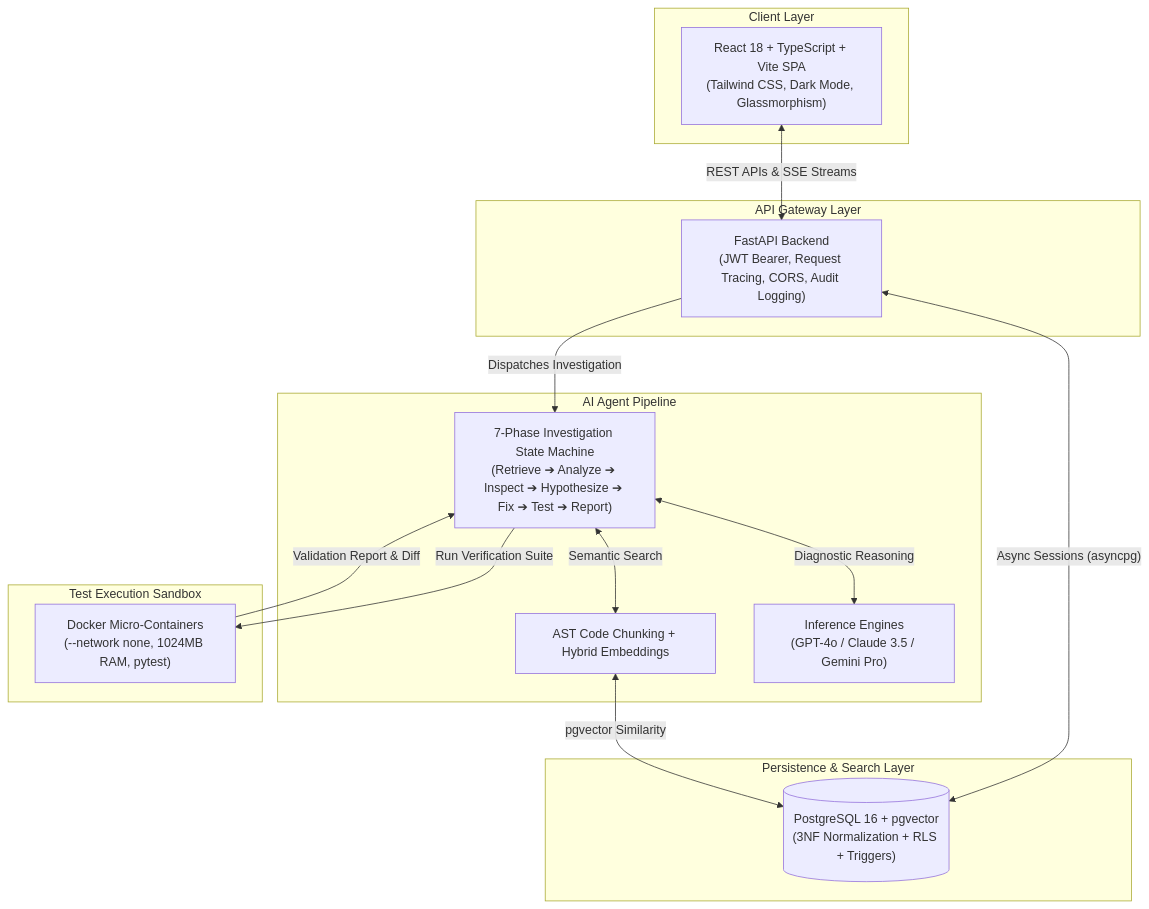
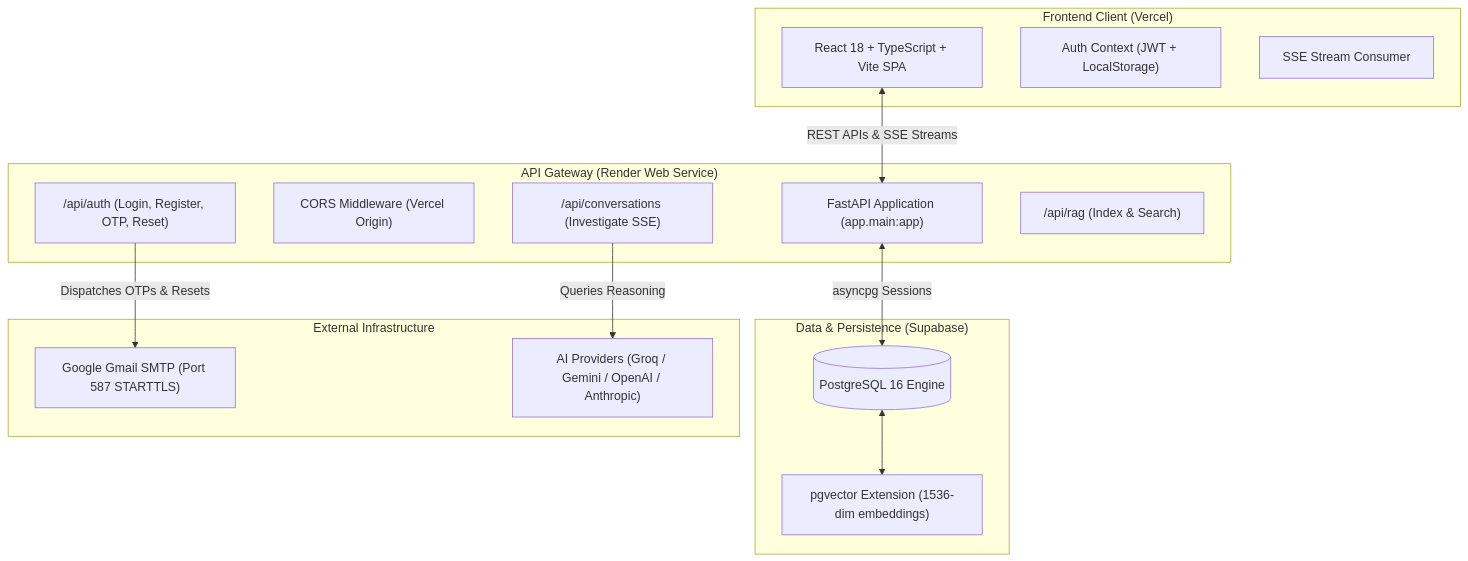
Before and after one commit to devashish0407/DevResolve: the third of 4 diagrams in README.md, drawn with Mermaid. The commit also changed other lines of this file and 1 other file, not shown here.

````diff
--- a/README.md
+++ b/README.md
@@ -52,33 +185,32 @@
 ```mermaid
 flowchart TD
-    subgraph Client["Client Layer"]
-        UI["React 18 + TypeScript + Vite SPA<br/>(Tailwind CSS, Dark Mode, Glassmorphism)"]
+    subgraph ClientLayer["Frontend Client (Vercel)"]
+        UI["React 18 + TypeScript + Vite SPA"]
+        AuthContext["Auth Context (JWT + LocalStorage)"]
+        SSEHook["SSE Stream Consumer"]
     end
 
-    subgraph Gateway["API Gateway Layer"]
-        API["FastAPI Backend<br/>(JWT Bearer, Request Tracing, CORS, Audit Logging)"]
+    subgraph APILayer["API Gateway (Render Web Service)"]
+        FastAPI["FastAPI Application (app.main:app)"]
+        CORS["CORS Middleware (Vercel Origin)"]
+        AuthRouter["/api/auth (Login, Register, OTP, Reset)"]
+        ChatRouter["/api/conversations (Investigate SSE)"]
+        RAGRouter["/api/rag (Index & Search)"]
     end
 
-    subgraph Storage["Persistence & Search Layer"]
-        PG[("PostgreSQL 16 + pgvector<br/>(3NF Normalization + RLS + Triggers)")]
+    subgraph StorageLayer["Data & Persistence (Supabase)"]
+        Postgres[("PostgreSQL 16 Engine")]
+        PGVector["pgvector Extension (1536-dim embeddings)"]
     end
 
-    subgraph Agent["AI Agent Pipeline"]
-        STM["7-Phase Investigation State Machine<br/>(Retrieve ➔ Analyze ➔ Inspect ➔ Hypothesize ➔ Fix ➔ Test ➔ Report)"]
-        RAG["AST Code Chunking + Hybrid Embeddings"]
-        LLM["Inference Engines<br/>(GPT-4o / Claude 3.5 / Gemini Pro)"]
+    subgraph ExternalServices["External Infrastructure"]
+        Gmail["Google Gmail SMTP (Port 587 STARTTLS)"]
+        LLMs["AI Providers (Groq / Gemini / OpenAI / Anthropic)"]
     end
 
-    subgraph Sandbox["Test Execution Sandbox"]
-        DOCKER["Docker Micro-Containers<br/>(--network none, 1024MB RAM, pytest)"]
-    end
-
-    UI <-->|"REST APIs & SSE Streams"| API
-    API <-->|"Async Sessions (asyncpg)"| PG
-    API -->|"Dispatches Investigation"| STM
-    STM <-->|"Semantic Search"| RAG
-    RAG <-->|"pgvector Similarity"| PG
-    STM <-->|"Diagnostic Reasoning"| LLM
-    STM -->|"Run Verification Suite"| DOCKER
-    DOCKER -->|"Validation Report & Diff"| STM
+    UI <-->|"REST APIs & SSE Streams"| FastAPI
+    FastAPI <-->|"asyncpg Sessions"| Postgres
+    Postgres <--> PGVector
+    AuthRouter -->|"Dispatches OTPs & Resets"| Gmail
+    ChatRouter -->|"Queries Reasoning"| LLMs
 ```
````
